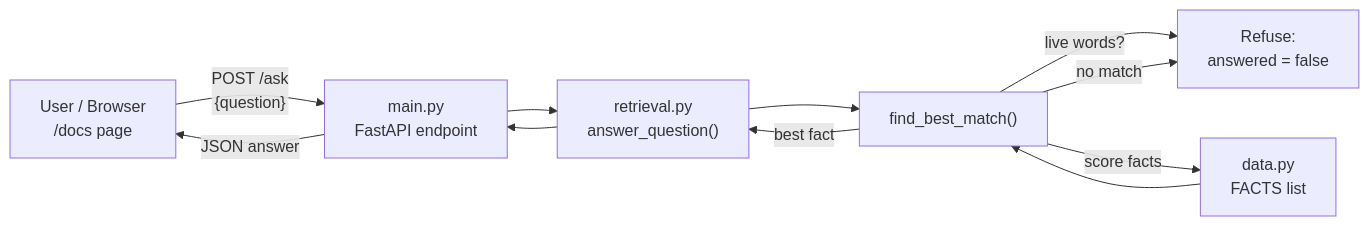
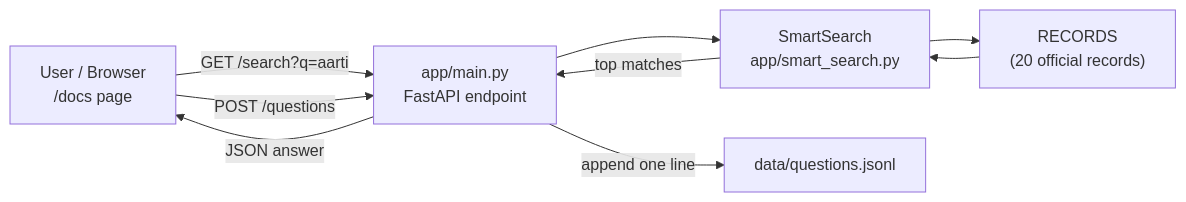
Before and after one commit to THESAYALI/GenAI_EXmate_04: the first of 2 diagrams in day05/README.md, drawn with Mermaid. The commit also changed other lines of this file and 7 other files, not shown here.

````diff
--- a/day05/README.md
+++ b/day05/README.md
@@ -171,13 +104,11 @@
 ```mermaid
 flowchart LR
-    U["User / Browser<br/>/docs page"] -->|"POST /ask<br/>{question}"| M["main.py<br/>FastAPI endpoint"]
-    M --> R["retrieval.py<br/>answer_question()"]
-    R --> F["find_best_match()"]
-    F -->|"live words?"| X["Refuse:<br/>answered = false"]
-    F -->|"score facts"| D["data.py<br/>FACTS list"]
-    D --> F
-    F -->|"best fact"| R
-    F -->|"no match"| X
-    R --> M
+    U["User / Browser<br/>/docs page"] -->|"GET /search?q=aarti"| M["app/main.py<br/>FastAPI endpoint"]
+    U -->|"POST /questions"| M
+    M --> S["SmartSearch<br/>app/smart_search.py"]
+    S --> R["RECORDS<br/>(20 official records)"]
+    R --> S
+    S -->|"top matches"| M
     M -->|"JSON answer"| U
+    M -->|"append one line"| Q["data/questions.jsonl"]
 ```
````
